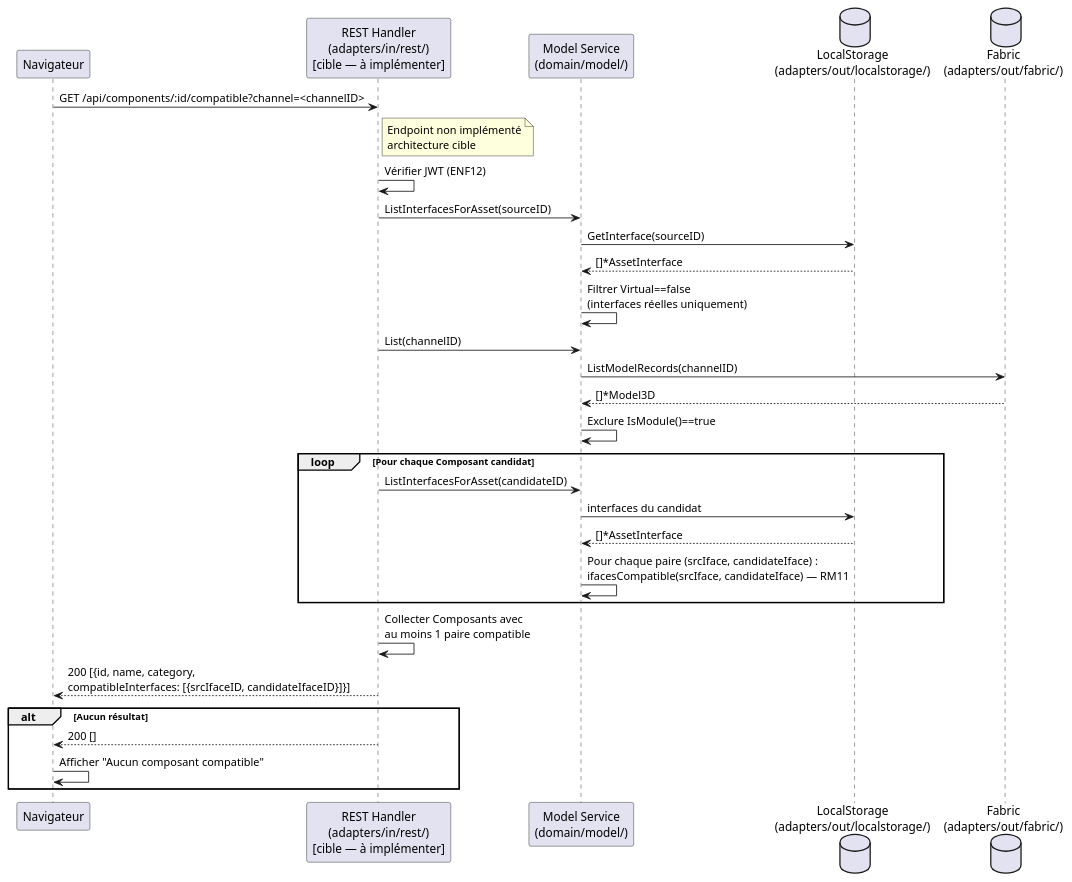
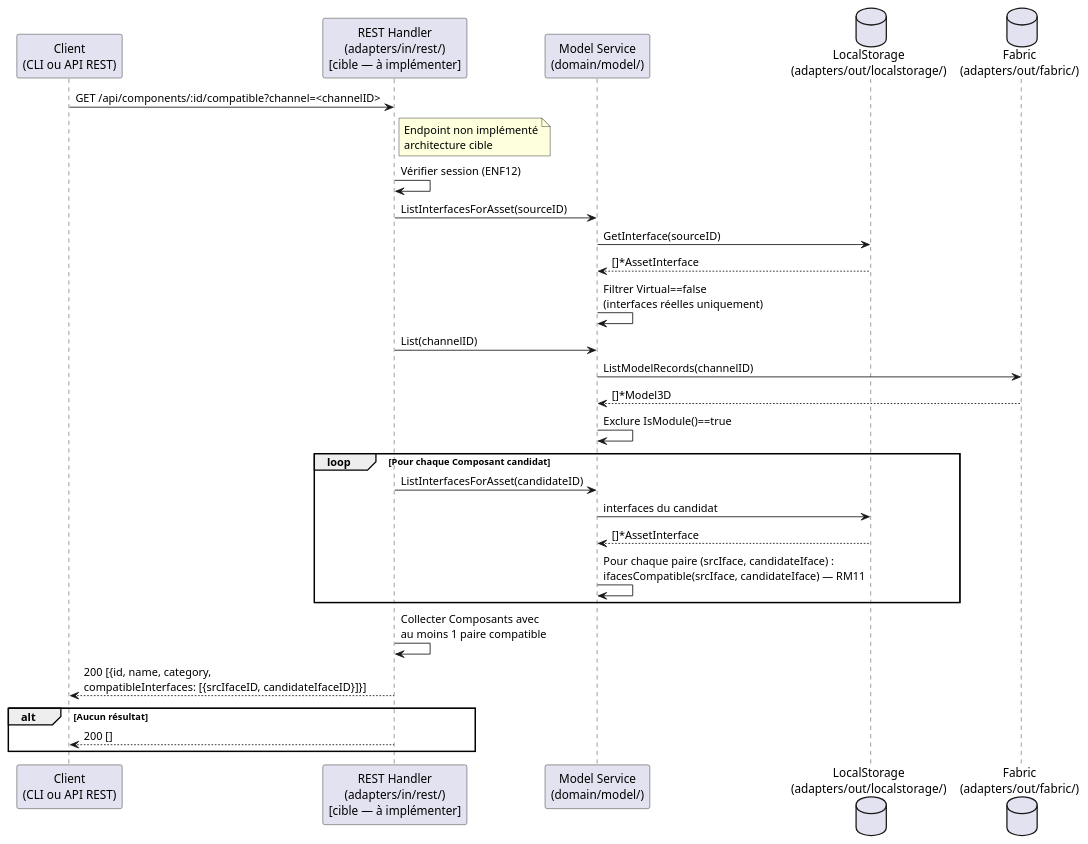
Before and after one commit to olivaux/myr: the second of 2 diagrams in specs/2-Analyse/UCREC-Recherche/UCREC02.md, drawn with PlantUML. The commit also changed other lines of this file and 72 other files, not shown here.

````diff
--- a/specs/2-Analyse/UCREC-Recherche/UCREC02.md
+++ b/specs/2-Analyse/UCREC-Recherche/UCREC02.md
@@ -96,37 +90,36 @@
 ```plantuml
 @startuml
-participant "Navigateur" as Browser
+participant "Client\n(CLI ou API REST)" as Client
 participant "REST Handler\n(adapters/in/rest/)\n[cible — à implémenter]" as REST
 participant "Model Service\n(domain/model/)" as Service
 database "LocalStorage\n(adapters/out/localstorage/)" as Local
 database "Fabric\n(adapters/out/fabric/)" as Fabric
 
-Browser -> REST : GET /api/components/:id/compatible?channel=<channelID>
+Client -> REST : GET /api/components/:id/compatible?channel=<channelID>
 note right of REST : Endpoint non implémenté\narchitecture cible
-REST -> REST : Vérifier JWT (ENF12)
+REST -> REST : Vérifier session (ENF12)
 REST -> Service : ListInterfacesForAsset(sourceID)
 Service -> Local : GetInterface(sourceID)
 Local --> Service : []*AssetInterface
 Service -> Service : Filtrer Virtual==false\n(interfaces réelles uniquement)
 
 REST -> Service : List(channelID)
 Service -> Fabric : ListModelRecords(channelID)
 Fabric --> Service : []*Model3D
 Service -> Service : Exclure IsModule()==true
 
 loop Pour chaque Composant candidat
     REST -> Service : ListInterfacesForAsset(candidateID)
     Service -> Local : interfaces du candidat
     Local --> Service : []*AssetInterface
     Service -> Service : Pour chaque paire (srcIface, candidateIface) :\nifacesCompatible(srcIface, candidateIface) — RM11
 end
 
 REST -> REST : Collecter Composants avec\nau moins 1 paire compatible
-REST --> Browser : 200 [{id, name, category,\ncompatibleInterfaces: [{srcIfaceID, candidateIfaceID}]}]
+REST --> Client : 200 [{id, name, category,\ncompatibleInterfaces: [{srcIfaceID, candidateIfaceID}]}]
 
 alt Aucun résultat
-    REST --> Browser : 200 []
-    Browser -> Browser : Afficher "Aucun composant compatible"
+    REST --> Client : 200 []
 end
 @enduml
 ```
````
